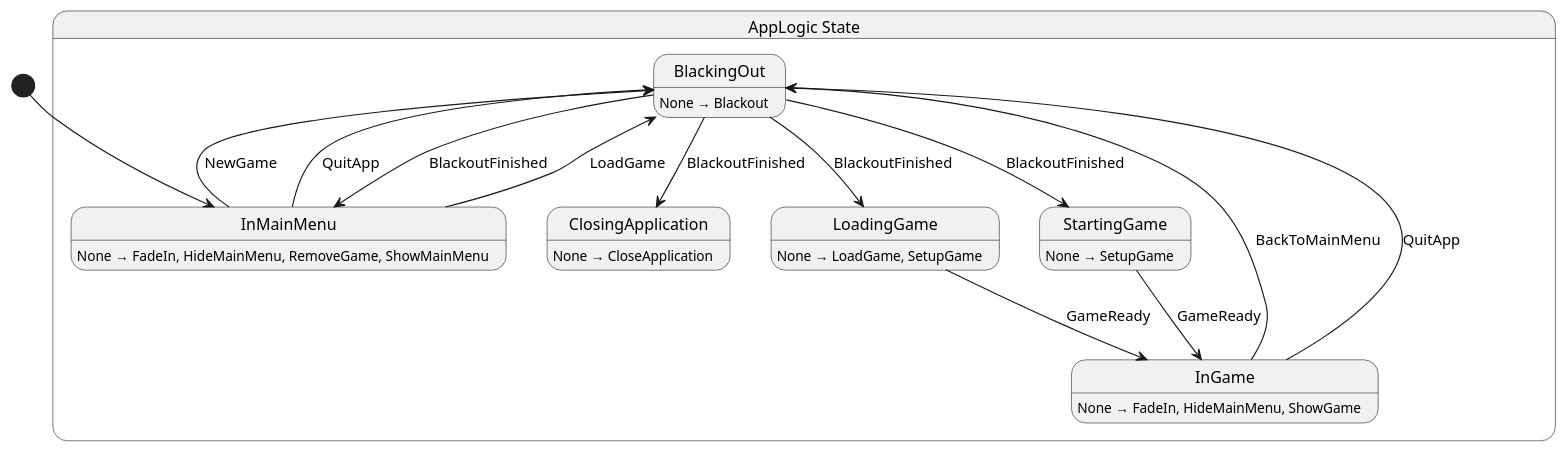
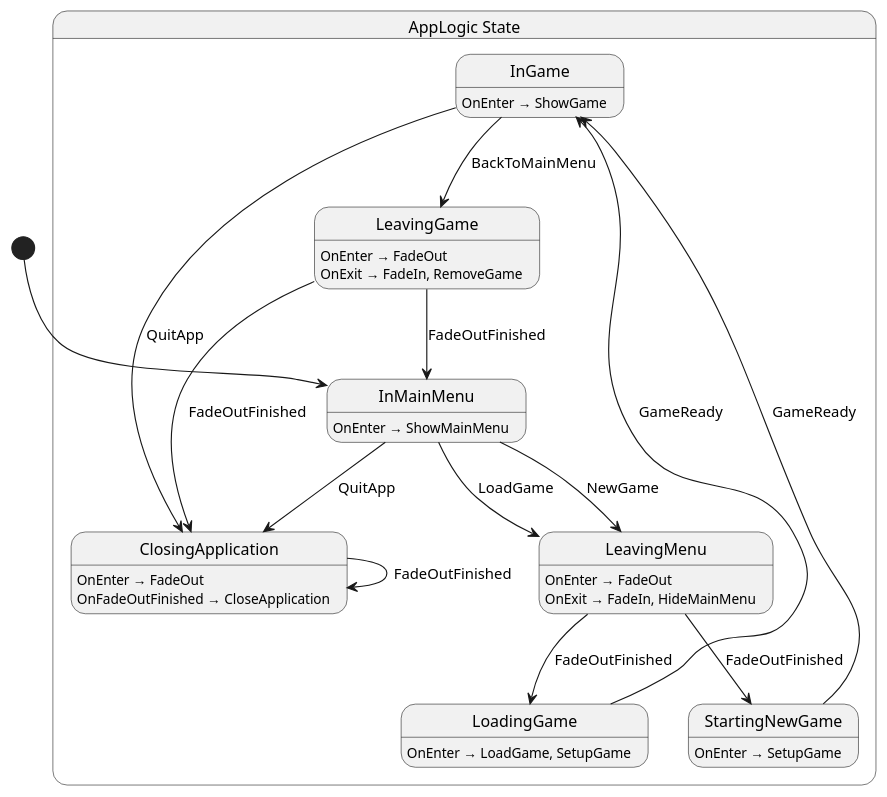
One commit to Nilsiker/Adventure changed the diagram in src/app/state/AppLogic.g.puml. Above: the diagram before and after it, drawn with PlantUML. The commit also changed 31 other files, not shown here.

```diff
--- a/src/app/state/AppLogic.g.puml
+++ b/src/app/state/AppLogic.g.puml
@@ -1,31 +1,37 @@
 @startuml AppLogic
 state "AppLogic State" as Shellguard_AppLogic_State {
-  state "BlackingOut" as Shellguard_AppLogic_State_BlackingOut
   state "ClosingApplication" as Shellguard_AppLogic_State_ClosingApplication
   state "InGame" as Shellguard_AppLogic_State_InGame
   state "InMainMenu" as Shellguard_AppLogic_State_InMainMenu
+  state "LeavingGame" as Shellguard_AppLogic_State_LeavingGame
+  state "LeavingMenu" as Shellguard_AppLogic_State_LeavingMenu
   state "LoadingGame" as Shellguard_AppLogic_State_LoadingGame
-  state "StartingGame" as Shellguard_AppLogic_State_StartingGame
+  state "StartingNewGame" as Shellguard_AppLogic_State_StartingNewGame
 }
 
-Shellguard_AppLogic_State_BlackingOut --> Shellguard_AppLogic_State_ClosingApplication : BlackoutFinished
-Shellguard_AppLogic_State_BlackingOut --> Shellguard_AppLogic_State_InMainMenu : BlackoutFinished
-Shellguard_AppLogic_State_BlackingOut --> Shellguard_AppLogic_State_LoadingGame : BlackoutFinished
-Shellguard_AppLogic_State_BlackingOut --> Shellguard_AppLogic_State_StartingGame : BlackoutFinished
-Shellguard_AppLogic_State_InGame --> Shellguard_AppLogic_State_BlackingOut : BackToMainMenu
-Shellguard_AppLogic_State_InGame --> Shellguard_AppLogic_State_BlackingOut : QuitApp
-Shellguard_AppLogic_State_InMainMenu --> Shellguard_AppLogic_State_BlackingOut : LoadGame
-Shellguard_AppLogic_State_InMainMenu --> Shellguard_AppLogic_State_BlackingOut : NewGame
-Shellguard_AppLogic_State_InMainMenu --> Shellguard_AppLogic_State_BlackingOut : QuitApp
+Shellguard_AppLogic_State_ClosingApplication --> Shellguard_AppLogic_State_ClosingApplication : FadeOutFinished
+Shellguard_AppLogic_State_InGame --> Shellguard_AppLogic_State_ClosingApplication : QuitApp
+Shellguard_AppLogic_State_InGame --> Shellguard_AppLogic_State_LeavingGame : BackToMainMenu
+Shellguard_AppLogic_State_InMainMenu --> Shellguard_AppLogic_State_ClosingApplication : QuitApp
+Shellguard_AppLogic_State_InMainMenu --> Shellguard_AppLogic_State_LeavingMenu : LoadGame
+Shellguard_AppLogic_State_InMainMenu --> Shellguard_AppLogic_State_LeavingMenu : NewGame
+Shellguard_AppLogic_State_LeavingGame --> Shellguard_AppLogic_State_ClosingApplication : FadeOutFinished
+Shellguard_AppLogic_State_LeavingGame --> Shellguard_AppLogic_State_InMainMenu : FadeOutFinished
+Shellguard_AppLogic_State_LeavingMenu --> Shellguard_AppLogic_State_LoadingGame : FadeOutFinished
+Shellguard_AppLogic_State_LeavingMenu --> Shellguard_AppLogic_State_StartingNewGame : FadeOutFinished
 Shellguard_AppLogic_State_LoadingGame --> Shellguard_AppLogic_State_InGame : GameReady
-Shellguard_AppLogic_State_StartingGame --> Shellguard_AppLogic_State_InGame : GameReady
+Shellguard_AppLogic_State_StartingNewGame --> Shellguard_AppLogic_State_InGame : GameReady
 
-Shellguard_AppLogic_State_BlackingOut : None → Blackout
-Shellguard_AppLogic_State_ClosingApplication : None → CloseApplication
-Shellguard_AppLogic_State_InGame : None → FadeIn, HideMainMenu, ShowGame
-Shellguard_AppLogic_State_InMainMenu : None → FadeIn, HideMainMenu, RemoveGame, ShowMainMenu
-Shellguard_AppLogic_State_LoadingGame : None → LoadGame, SetupGame
-Shellguard_AppLogic_State_StartingGame : None → SetupGame
+Shellguard_AppLogic_State_ClosingApplication : OnEnter → FadeOut
+Shellguard_AppLogic_State_ClosingApplication : OnFadeOutFinished → CloseApplication
+Shellguard_AppLogic_State_InGame : OnEnter → ShowGame
+Shellguard_AppLogic_State_InMainMenu : OnEnter → ShowMainMenu
+Shellguard_AppLogic_State_LeavingGame : OnEnter → FadeOut
+Shellguard_AppLogic_State_LeavingGame : OnExit → FadeIn, RemoveGame
+Shellguard_AppLogic_State_LeavingMenu : OnEnter → FadeOut
+Shellguard_AppLogic_State_LeavingMenu : OnExit → FadeIn, HideMainMenu
+Shellguard_AppLogic_State_LoadingGame : OnEnter → LoadGame, SetupGame
+Shellguard_AppLogic_State_StartingNewGame : OnEnter → SetupGame
 
 [*] --> Shellguard_AppLogic_State_InMainMenu
 @enduml
```
